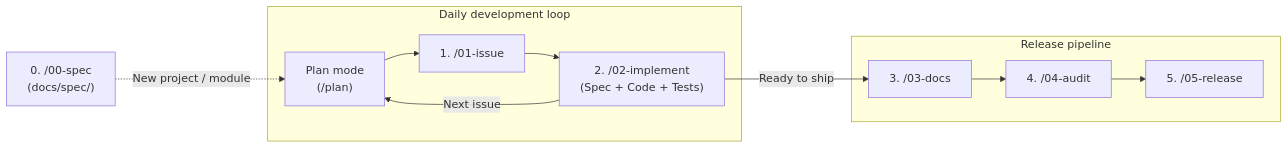
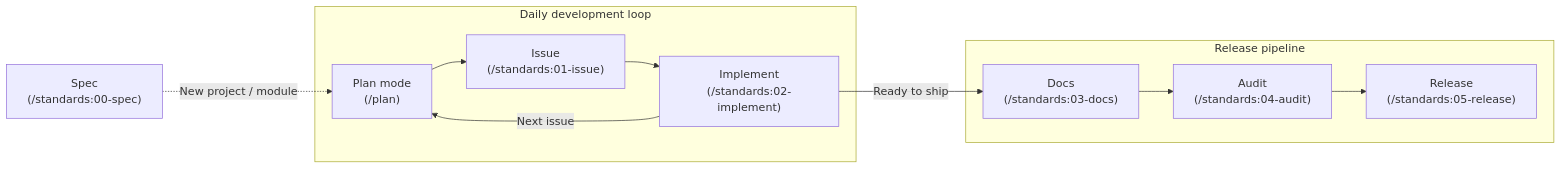
The diagram in README.md (bvarnai/agy-standards), drawn with Mermaid before and after one commit. The commit also changed other lines of this file and 3 other files, not shown here.

````diff
--- a/README.md
+++ b/README.md
@@ -22,16 +22,16 @@
 ```mermaid
 flowchart LR
-    Spec["0. /00-spec<br/>(docs/spec/)"]
+    Spec["Spec<br/>(/standards:00-spec)"]
 
     subgraph Daily ["Daily development loop"]
-        Plan["Plan mode<br/>(/plan)"] --> Issue["1. /01-issue"] --> Code["2. /02-implement<br/>(Spec + Code + Tests)"]
+        Plan["Plan mode<br/>(/plan)"] --> Issue["Issue<br/>(/standards:01-issue)"] --> Code["Implement<br/>(/standards:02-implement)"]
     end
 
     subgraph Ship ["Release pipeline"]
-        Docs["3. /03-docs"] --> Audit["4. /04-audit"] --> Release["5. /05-release"]
+        Docs["Docs<br/>(/standards:03-docs)"] --> Audit["Audit<br/>(/standards:04-audit)"] --> Release["Release<br/>(/standards:05-release)"]
     end
 
     Spec -.->|"New project / module"| Plan
     Code -->|"Next issue"| Plan
     Code -->|"Ready to ship"| Docs
 ```
````
